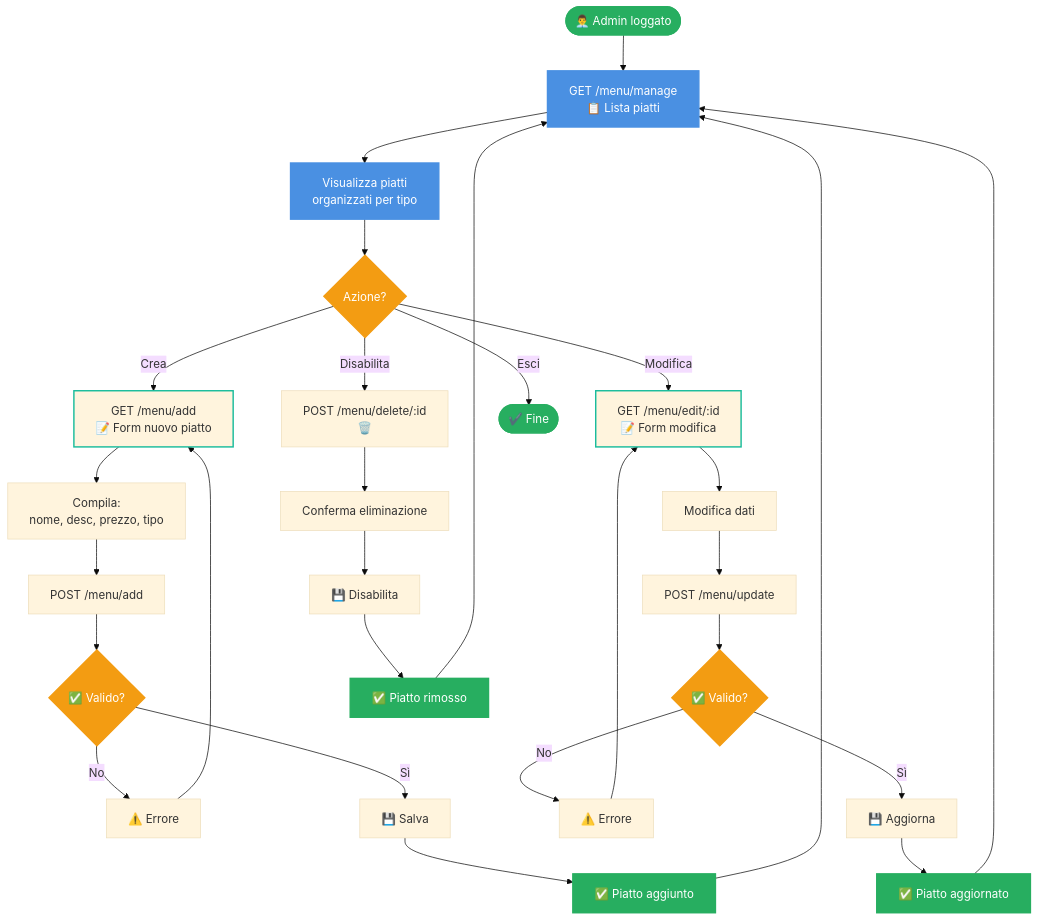
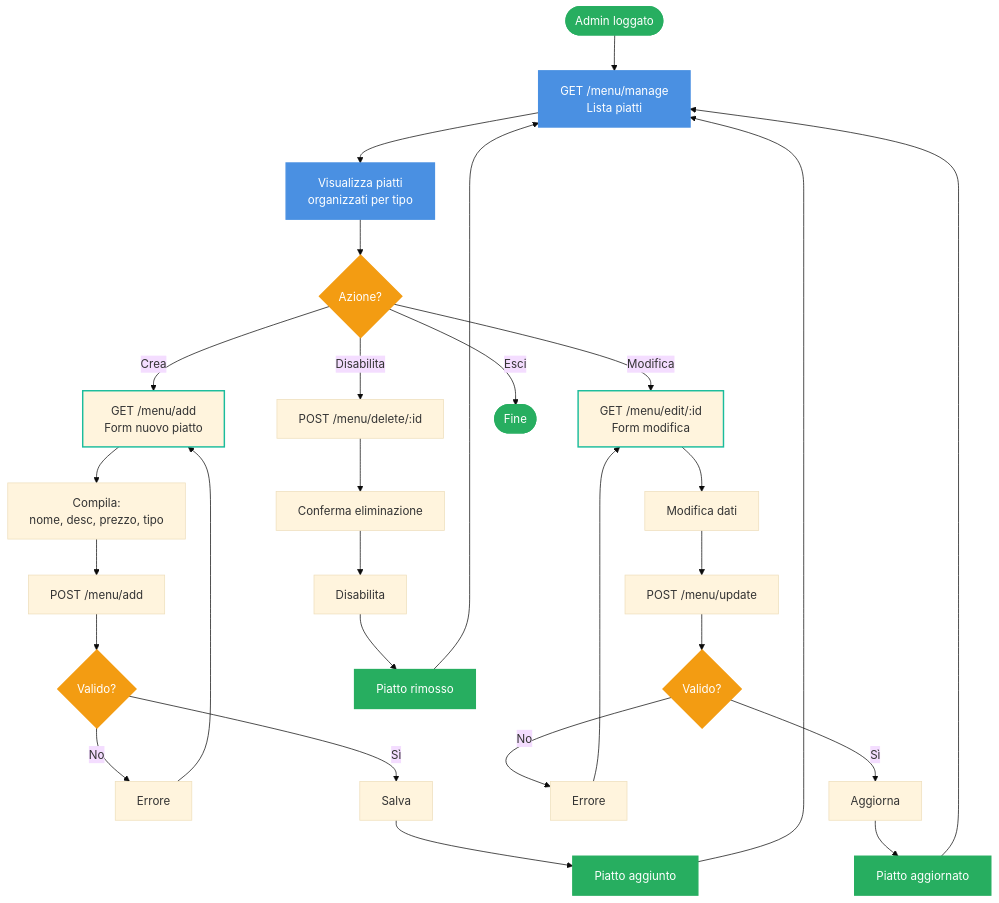
The fourth of 5 diagrams in docs/UI_Flows.md (JavLomProjectWork/JavaBistrot), drawn with Mermaid (base theme) before and after one commit. The commit also changed other lines of this file, not shown here.

Commit message:
aggiornato ui flows schema

````diff
--- a/docs/UI_Flows.md
+++ b/docs/UI_Flows.md
@@ -253,47 +253,47 @@
 ```mermaid
 graph TD
-    Start([👨‍💼 Admin loggato]) --> List["GET /menu/manage<br/>📋 Lista piatti"]
+    Start([Admin loggato]) --> List["GET /menu/manage<br/>Lista piatti"]
     List --> Show["Visualizza piatti<br/>organizzati per tipo"]
     Show --> Action{"Azione?"}
     
-    Action -->|Crea| AddForm["GET /menu/add<br/>📝 Form nuovo piatto"]
+    Action -->|Crea| AddForm["GET /menu/add<br/>Form nuovo piatto"]
     AddForm --> Fill["Compila:<br/>nome, desc, prezzo, tipo"]
     Fill --> PostAdd["POST /menu/add"]
-    PostAdd --> Validate1{"✅ Valido?"}
-    Validate1 -->|No| Error1["⚠️ Errore"]
+    PostAdd --> Validate1{"Valido?"}
+    Validate1 -->|No| Error1["Errore"]
     Error1 --> AddForm
-    Validate1 -->|Sì| Save1["💾 Salva"]
-    Save1 --> OK1["✅ Piatto aggiunto"]
+    Validate1 -->|Sì| Save1["Salva"]
+    Save1 --> OK1["Piatto aggiunto"]
     OK1 --> List
     
-    Action -->|Modifica| EditForm["GET /menu/edit/:id<br/>📝 Form modifica"]
+    Action -->|Modifica| EditForm["GET /menu/edit/:id<br/>Form modifica"]
     EditForm --> FillEdit["Modifica dati"]
     FillEdit --> PostEdit["POST /menu/update"]
-    PostEdit --> Validate2{"✅ Valido?"}
-    Validate2 -->|No| Error2["⚠️ Errore"]
+    PostEdit --> Validate2{"Valido?"}
+    Validate2 -->|No| Error2["Errore"]
     Error2 --> EditForm
-    Validate2 -->|Sì| Save2["💾 Aggiorna"]
-    Save2 --> OK2["✅ Piatto aggiornato"]
+    Validate2 -->|Sì| Save2["Aggiorna"]
+    Save2 --> OK2["Piatto aggiornato"]
     OK2 --> List
     
-    Action -->|Disabilita| Delete["POST /menu/delete/:id<br/>🗑️"]
+    Action -->|Disabilita| Delete["POST /menu/delete/:id<br/>"]
     Delete --> Confirm["Conferma eliminazione"]
-    Confirm --> Save3["💾 Disabilita"]
-    Save3 --> OK3["✅ Piatto rimosso"]
+    Confirm --> Save3["Disabilita"]
+    Save3 --> OK3["Piatto rimosso"]
     OK3 --> List
     
-    Action -->|Esci| End(["✔️ Fine"])
+    Action -->|Esci| End(["Fine"])
     
     style Start fill:#27AE60,stroke:#27AE60,stroke-width:2px,color:#fff
     style List fill:#4A90E2,stroke:#4A90E2,stroke-width:2px,color:#fff
     style Show fill:#4A90E2,stroke:#4A90E2,stroke-width:2px,color:#fff
     style Action fill:#F39C12,stroke:#F39C12,stroke-width:2px,color:#fff
     style AddForm stroke:#1ABC9C,stroke-width:2px
     style EditForm stroke:#1ABC9C,stroke-width:2px
     style Validate1 fill:#F39C12,stroke:#F39C12,stroke-width:2px,color:#fff
     style Validate2 fill:#F39C12,stroke:#F39C12,stroke-width:2px,color:#fff
     style OK1 fill:#27AE60,stroke:#27AE60,stroke-width:2px,color:#fff
     style OK2 fill:#27AE60,stroke:#27AE60,stroke-width:2px,color:#fff
     style OK3 fill:#27AE60,stroke:#27AE60,stroke-width:2px,color:#fff
     style End fill:#27AE60,stroke:#27AE60,stroke-width:2px,color:#fff
 ```
````
